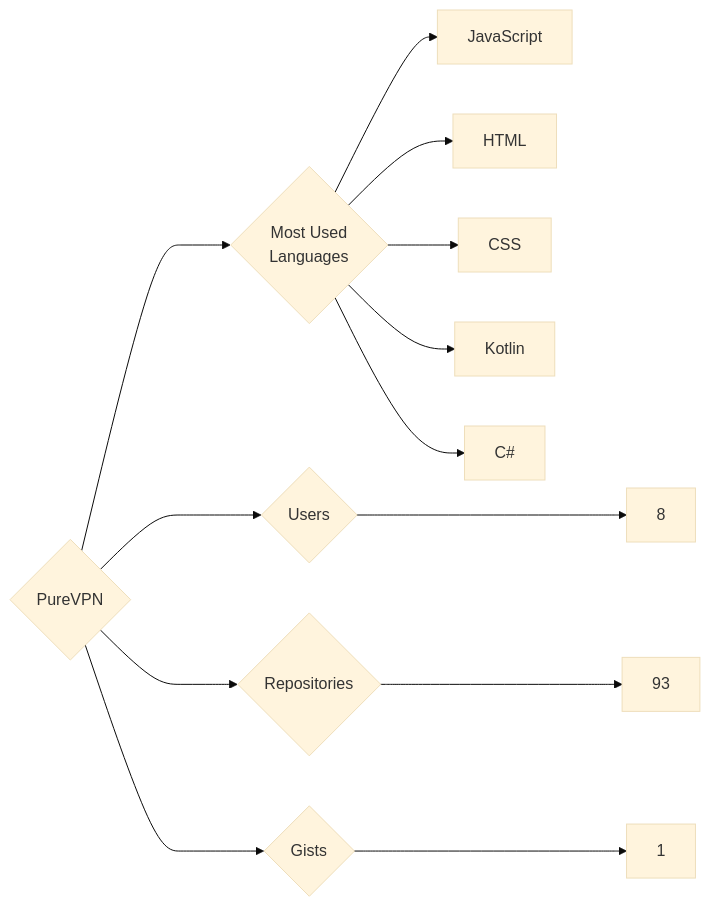
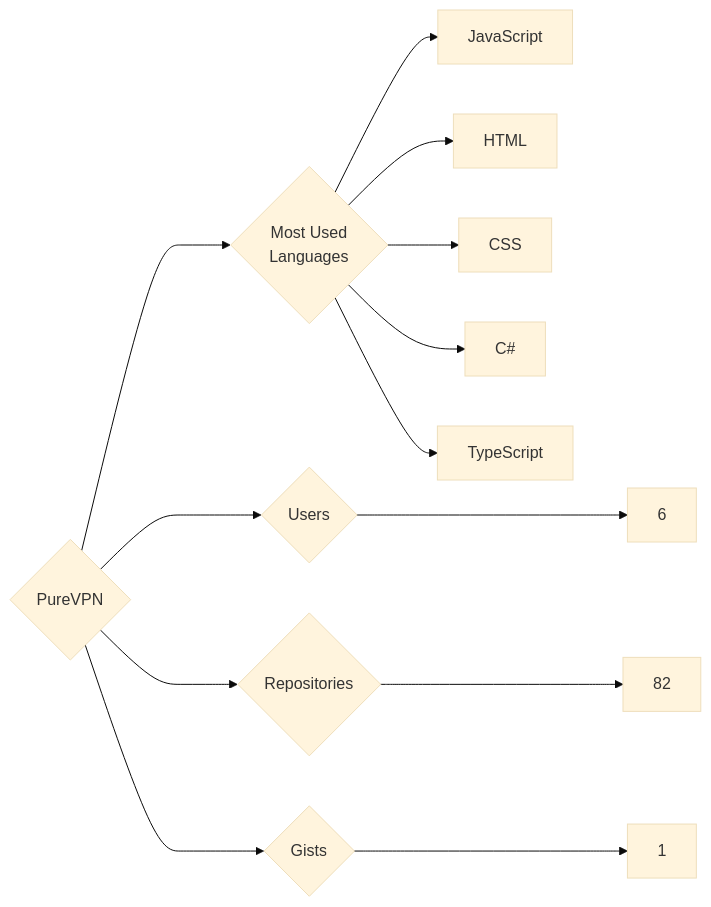
The diagram in targets/PureVPN/README.md (trickest/insiders), drawn with Mermaid (base theme) before and after one commit. The commit also changed 972 other files, not shown here.

````diff
--- a/targets/PureVPN/README.md
+++ b/targets/PureVPN/README.md
@@ -3,13 +3,13 @@
 ```mermaid
 graph LR
 COMPANY_NAME{PureVPN}
-COMPANY_NAME ---> U{Users} ---> UN[8]
-COMPANY_NAME ---> R{Repositories} ---> RN[93]
+COMPANY_NAME ---> U{Users} ---> UN[6]
+COMPANY_NAME ---> R{Repositories} ---> RN[82]
 COMPANY_NAME ---> G{Gists} ---> GN[1]
 COMPANY_NAME ---> ML{Most Used<br>Languages}
 ML --> JavaScript[JavaScript]
 ML --> HTML[HTML]
 ML --> CSS[CSS]
-ML --> Kotlin[Kotlin]
 ML --> C#[C#]
+ML --> TypeScript[TypeScript]
 ```
````
